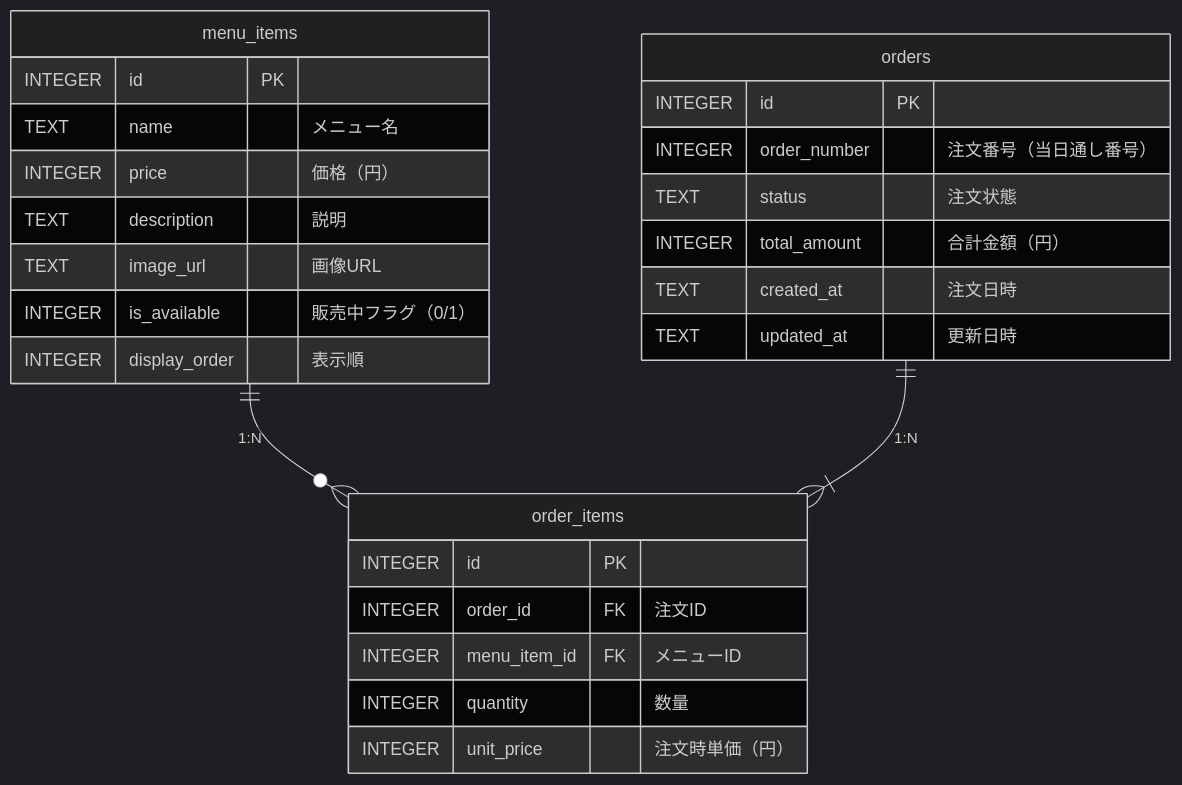
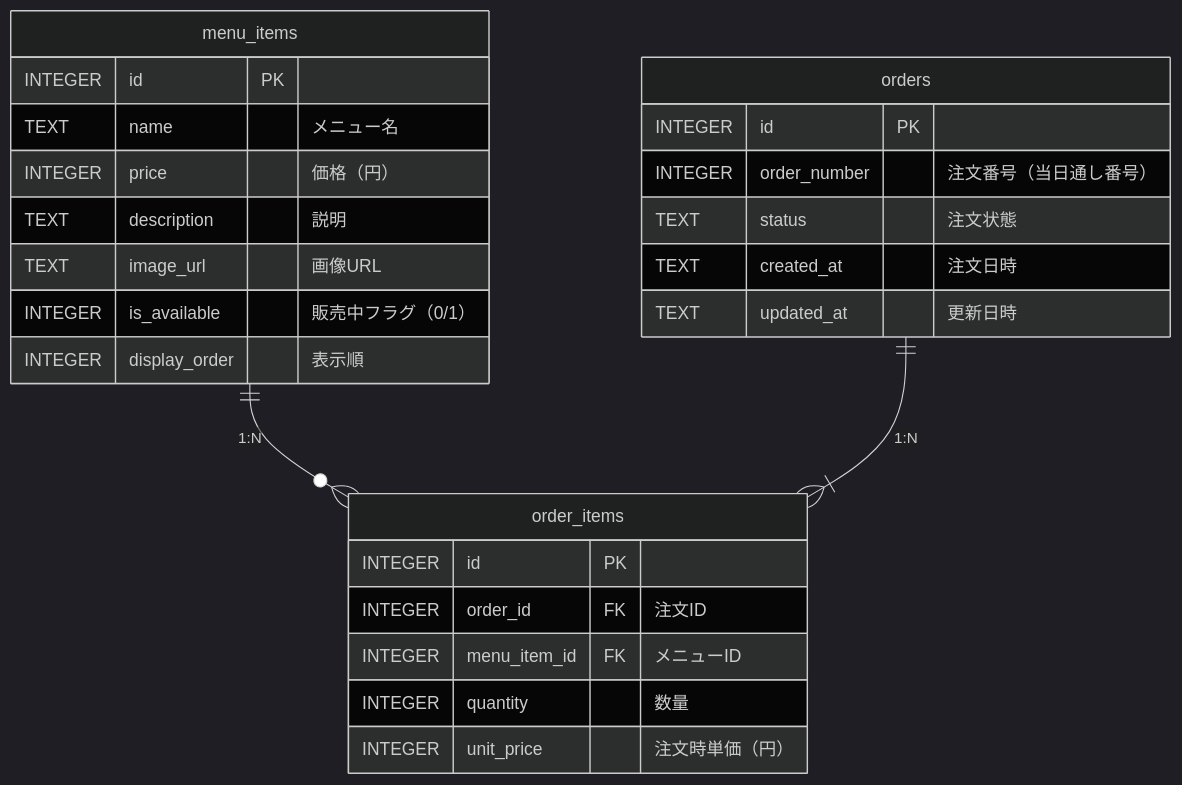
The diagram in docs/design/db.md (gdsc-osaka/coffee-dx), drawn with Mermaid (dark theme) before and after one commit. The commit also changed other lines of this file, not shown here.

````diff
--- a/docs/design/db.md
+++ b/docs/design/db.md
@@ -9,33 +9,33 @@
 ```mermaid
 erDiagram
     menu_items ||--o{ order_items : "1:N"
     orders ||--|{ order_items : "1:N"
 
     menu_items {
         INTEGER id PK
         TEXT name "メニュー名"
         INTEGER price "価格（円）"
         TEXT description "説明"
         TEXT image_url "画像URL"
         INTEGER is_available "販売中フラグ（0/1）"
         INTEGER display_order "表示順"
     }
 
     orders {
         INTEGER id PK
         INTEGER order_number "注文番号（当日通し番号）"
         TEXT status "注文状態"
-        INTEGER total_amount "合計金額（円）"
+
         TEXT created_at "注文日時"
         TEXT updated_at "更新日時"
     }
 
     order_items {
         INTEGER id PK
         INTEGER order_id FK "注文ID"
         INTEGER menu_item_id FK "メニューID"
         INTEGER quantity "数量"
         INTEGER unit_price "注文時単価（円）"
     }
 
 ```
````
